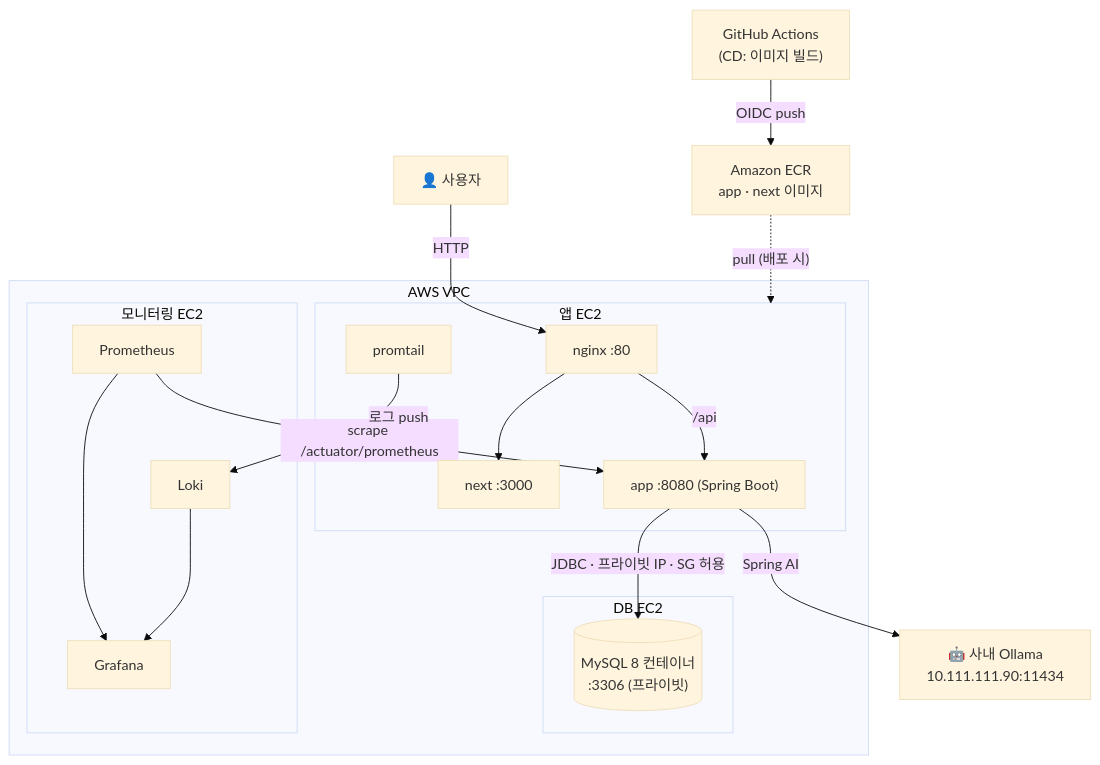
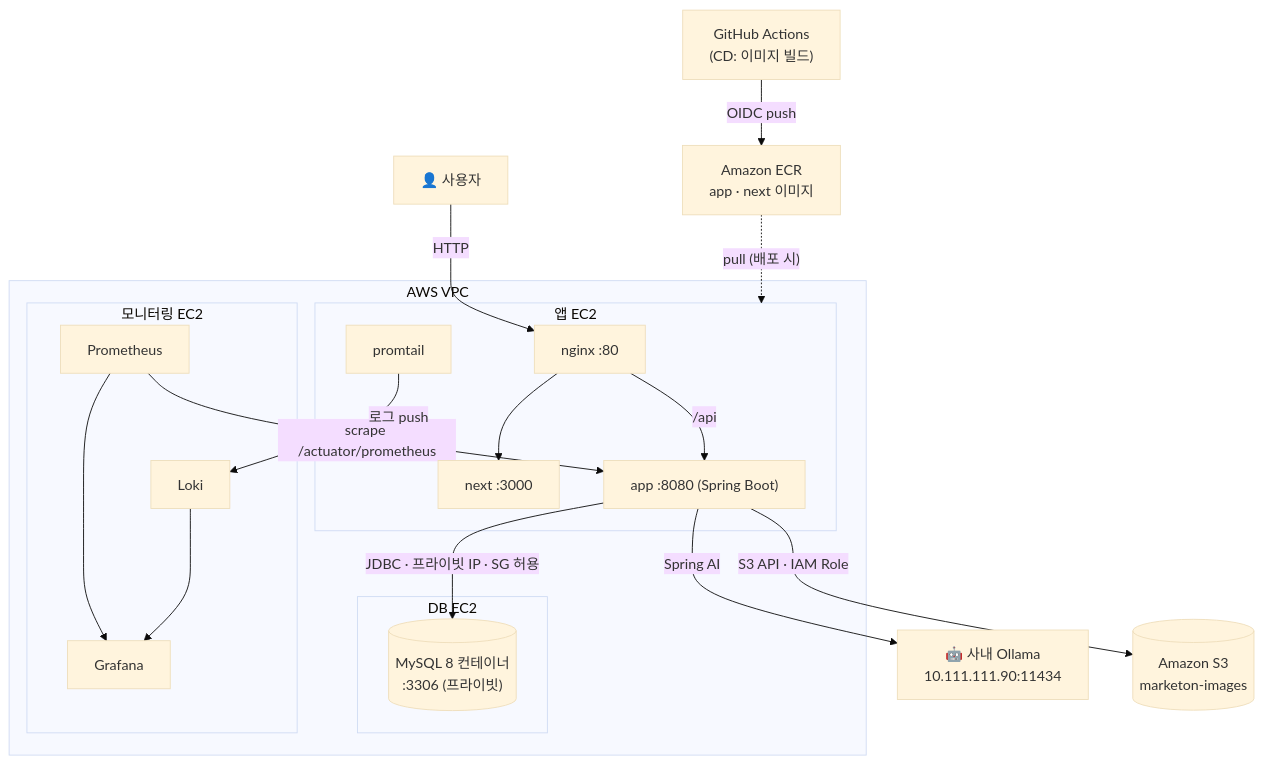
Before and after one commit to prgrms-be-devcourse/NBE10-12-2-Team7: the diagram in docs/architecture/05-deployment.md, drawn with Mermaid (base theme). The commit also changed other lines of this file and 20 other files, not shown here.

````diff
--- a/docs/architecture/05-deployment.md
+++ b/docs/architecture/05-deployment.md
@@ -7,36 +7,38 @@
 ```mermaid
 graph TB
     user["👤 사용자"]
     gha["GitHub Actions<br/>(CD: 이미지 빌드)"]
     ecr["Amazon ECR<br/>app · next 이미지"]
     ollama["🤖 사내 Ollama<br/>10.111.111.90:11434"]
+    s3[("Amazon S3<br/>marketon-images")]
 
     subgraph vpc["AWS VPC"]
         subgraph appec2["앱 EC2"]
             nginx["nginx :80"]
             next["next :3000"]
             app["app :8080 (Spring Boot)"]
             promtail1["promtail"]
         end
         subgraph dbec2["DB EC2"]
             mysql[("MySQL 8 컨테이너<br/>:3306 (프라이빗)")]
         end
         subgraph monec2["모니터링 EC2"]
             prom["Prometheus"]
             loki["Loki"]
             grafana["Grafana"]
         end
     end
 
     user -->|"HTTP"| nginx
     nginx --> next
     nginx -->|"/api"| app
     app -->|"JDBC · 프라이빗 IP · SG 허용"| mysql
     app -->|"Spring AI"| ollama
+    app -->|"S3 API · IAM Role"| s3
     gha -->|"OIDC push"| ecr
     ecr -.->|"pull (배포 시)"| appec2
     prom -->|"scrape /actuator/prometheus"| app
     promtail1 -->|"로그 push"| loki
     prom --> grafana
     loki --> grafana
 ```
````
